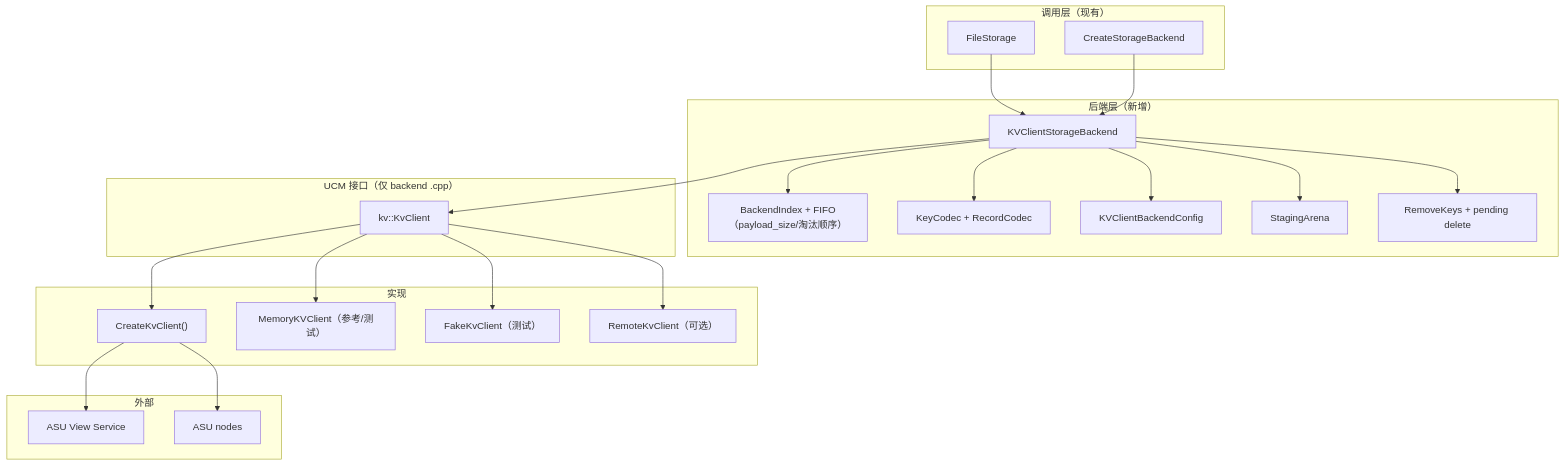
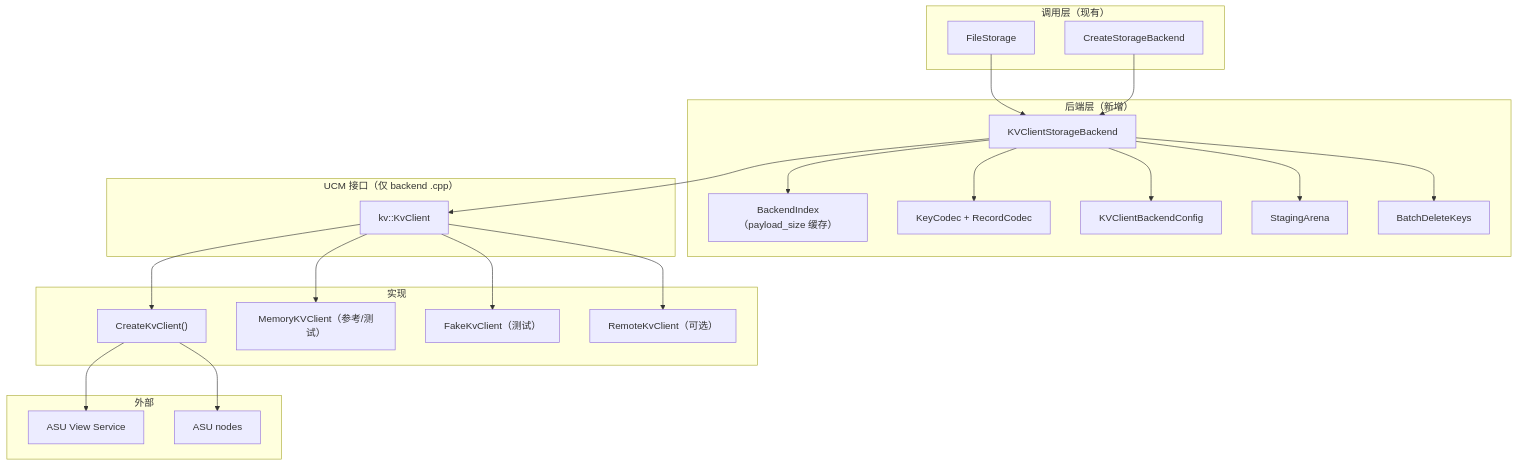
The second of 14 diagrams in kvclient-storageBackend.md (zwj20000328-dotcom/Mooncake-documents), drawn with Mermaid before and after one commit. The commit also changed other lines of this file and 1 other file, not shown here.

Commit message:
modified:   kvclient-storageBackend.md

````diff
--- a/kvclient-storageBackend.md
+++ b/kvclient-storageBackend.md
@@ -122,42 +124,42 @@
 ```mermaid
 flowchart TB
     subgraph L0["调用层（现有）"]
         FS["FileStorage"]
         Factory["CreateStorageBackend"]
     end
     subgraph L1["后端层（新增）"]
         BE["KVClientStorageBackend"]
-        IDX["BackendIndex + FIFO（payload_size/淘汰顺序）"]
+        IDX["BackendIndex（payload_size 缓存）"]
         CODEC["KeyCodec + RecordCodec"]
         CFG["KVClientBackendConfig"]
         STAGE["StagingArena"]
-        DEL["RemoveKeys + pending delete"]
+        DEL["BatchDeleteKeys"]
     end
     subgraph L2["UCM 接口（仅 backend .cpp）"]
         KVC["kv::KvClient"]
     end
     subgraph L3["实现"]
         UCM["CreateKvClient()"]
         MEM["MemoryKVClient（参考/测试）"]
         FAKE["FakeKvClient（测试）"]
         REMOTE["RemoteKvClient（可选）"]
     end
     subgraph L4["外部"]
         VIEW["ASU View Service"]
         ASUN["ASU nodes"]
     end
     FS --> BE
     Factory --> BE
     BE --> IDX
     BE --> CODEC
     BE --> CFG
     BE --> STAGE
     BE --> DEL
     BE --> KVC
     KVC --> UCM
     KVC --> MEM
     KVC --> FAKE
     KVC --> REMOTE
     UCM --> VIEW
     UCM --> ASUN
 ```
````
